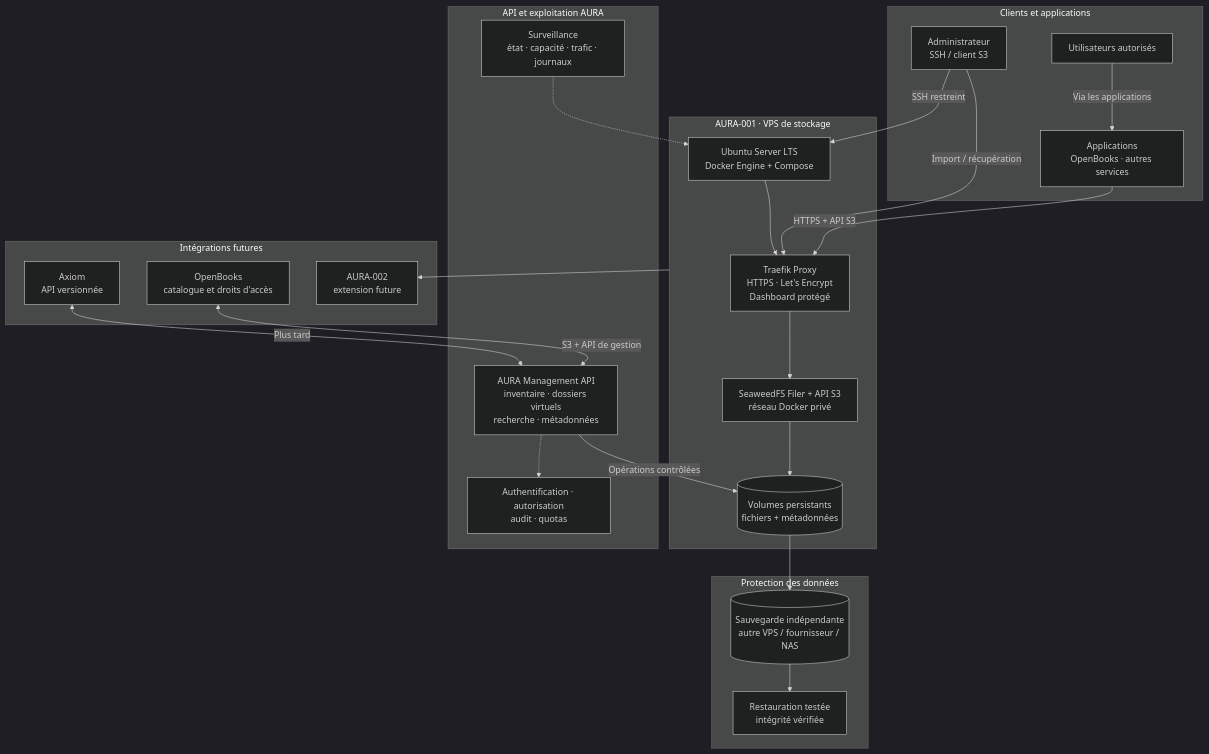
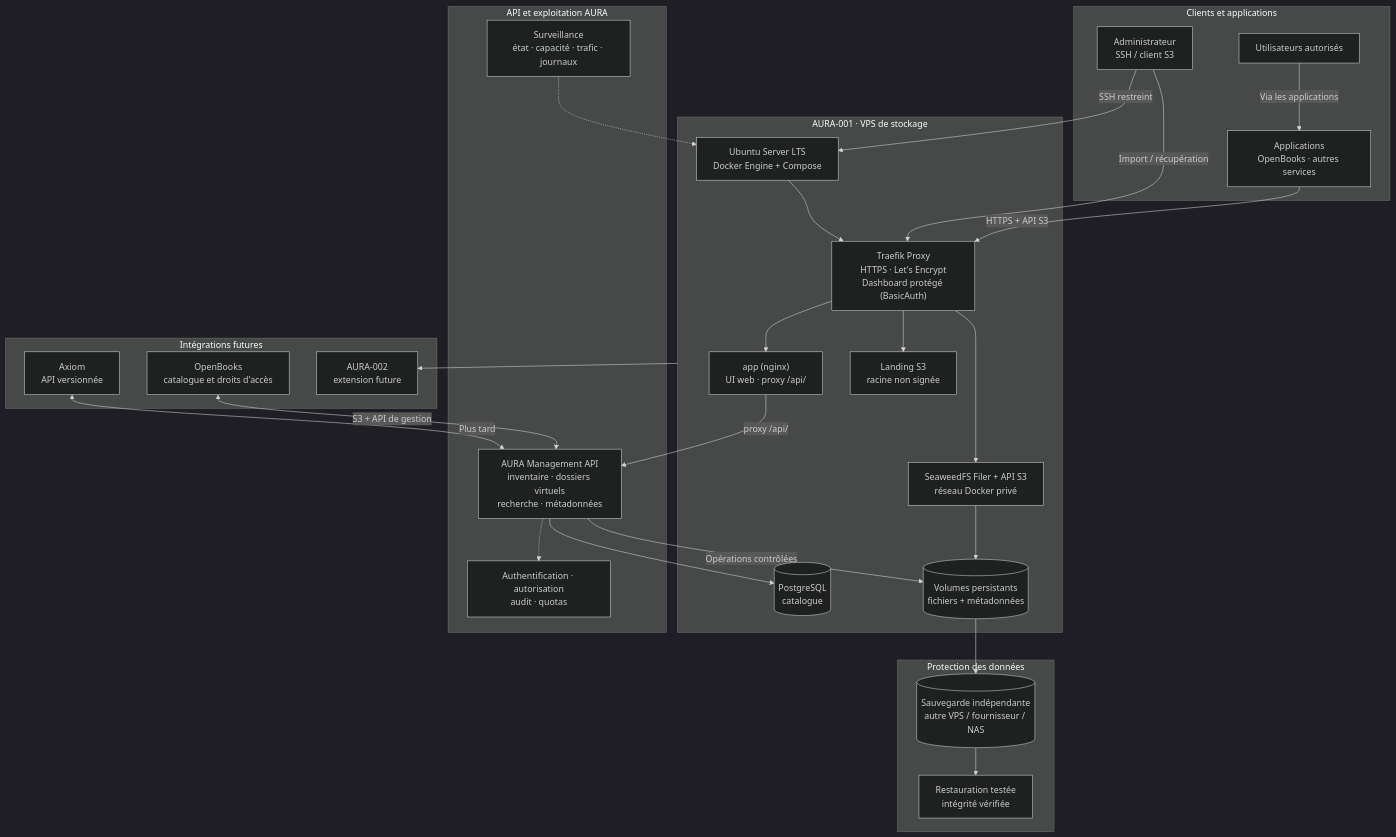
Before and after one commit to digitaleflex/aura-storage: the diagram in docs/ARCHITECTURE-DIAGRAM.md, drawn with Mermaid (dark theme). The commit also changed other lines of this file and 34 other files, not shown here.

````diff
--- a/docs/ARCHITECTURE-DIAGRAM.md
+++ b/docs/ARCHITECTURE-DIAGRAM.md
@@ -5,48 +5,55 @@
 ```mermaid
 flowchart TB
     subgraph CLIENTS["Clients et applications"]
         ADMIN["Administrateur<br/>SSH / client S3"]
         APPS["Applications<br/>OpenBooks · autres services"]
         USERS["Utilisateurs autorisés"]
     end
 
     subgraph AURA["AURA-001 · VPS de stockage"]
         HOST["Ubuntu Server LTS<br/>Docker Engine + Compose"]
-        TRAEFIK["Traefik Proxy<br/>HTTPS · Let's Encrypt<br/>Dashboard protégé"]
+        TRAEFIK["Traefik Proxy<br/>HTTPS · Let's Encrypt<br/>Dashboard protégé (BasicAuth)"]
+        APP["app (nginx)<br/>UI web · proxy /api/"]
+        LANDING["Landing S3<br/>racine non signée"]
         S3["SeaweedFS Filer + API S3<br/>réseau Docker privé"]
+        POSTGRES[("PostgreSQL<br/>catalogue")]
         DATA[("Volumes persistants<br/>fichiers + métadonnées")]
         HOST --> TRAEFIK
         TRAEFIK --> S3
+        TRAEFIK --> APP
+        TRAEFIK --> LANDING
         S3 --> DATA
     end
 
     subgraph MGMT["API et exploitation AURA"]
         API["AURA Management API<br/>inventaire · dossiers virtuels<br/>recherche · métadonnées"]
         AUTH["Authentification · autorisation<br/>audit · quotas"]
         MON["Surveillance<br/>état · capacité · trafic · journaux"]
     end
 
     subgraph RECOVERY["Protection des données"]
         BACKUP[("Sauvegarde indépendante<br/>autre VPS / fournisseur / NAS")]
         RESTORE["Restauration testée<br/>intégrité vérifiée"]
     end
 
     subgraph FUTURE["Intégrations futures"]
         AXIOM["Axiom<br/>API versionnée"]
         OPENBOOKS["OpenBooks<br/>catalogue et droits d'accès"]
         AURA2["AURA-002<br/>extension future"]
     end
 
     ADMIN -->|"SSH restreint"| HOST
     ADMIN -->|"Import / récupération"| TRAEFIK
     APPS -->|"HTTPS + API S3"| TRAEFIK
     USERS -->|"Via les applications"| APPS
+    APP -->|"proxy /api/"| API
     API -->|"Opérations contrôlées"| DATA
+    API --> POSTGRES
     API -.-> AUTH
     MON -.-> HOST
     DATA --> BACKUP
     BACKUP --> RESTORE
     AXIOM <-->|"Plus tard"| API
     OPENBOOKS <-->|"S3 + API de gestion"| API
     AURA --> AURA2
 ```
````
